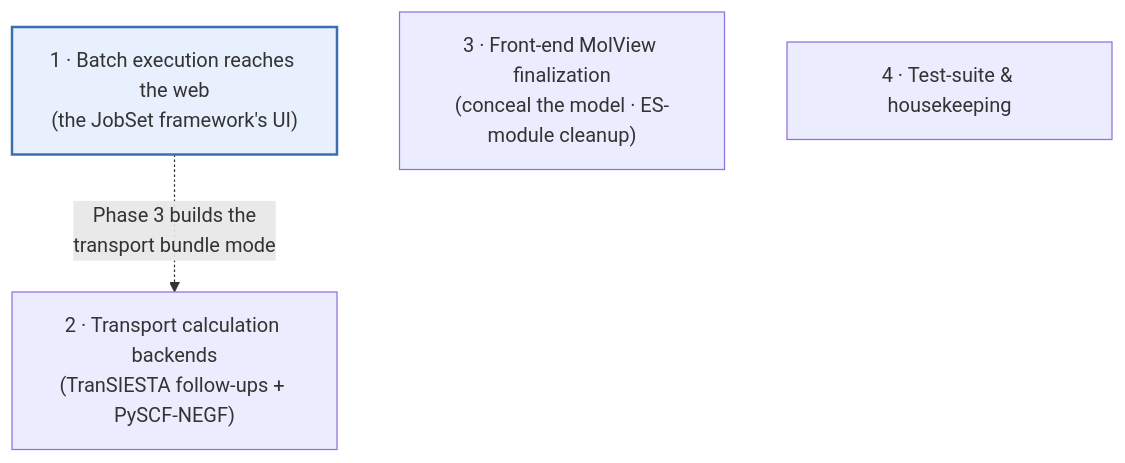
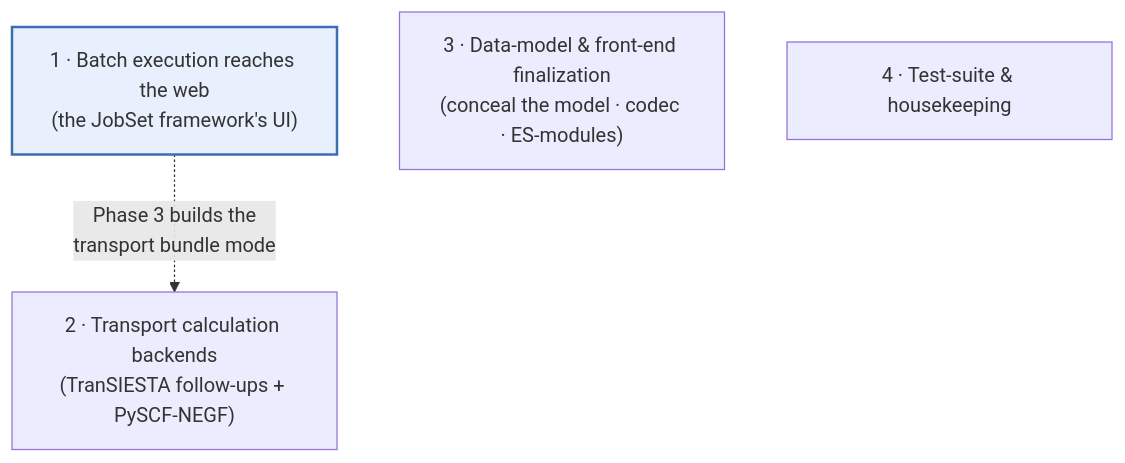
The first of 2 diagrams in docs/roadmap.md (Qing-LAB/molbuilder), drawn with Mermaid before and after one commit. The commit also changed other lines of this file and 1 other file, not shown here.

First line of the commit message:
docs(review): fix factual + consistency errors in structure.md and roadmap.md

````diff
--- a/docs/roadmap.md
+++ b/docs/roadmap.md
@@ -32,11 +34,11 @@
 ```mermaid
 flowchart TD
     W1["1 · Batch execution reaches the web<br/>(the JobSet framework's UI)"]:::active
     W2["2 · Transport calculation backends<br/>(TranSIESTA follow-ups + PySCF-NEGF)"]
-    W3["3 · Front-end MolView finalization<br/>(conceal the model · ES-module cleanup)"]
+    W3["3 · Data-model & front-end finalization<br/>(conceal the model · codec · ES-modules)"]
     W4["4 · Test-suite & housekeeping"]
 
     W1 -. "Phase 3 builds the<br/>transport bundle mode" .-> W2
 
     classDef active fill:#e8f0fe,stroke:#3b6fb0,stroke-width:2px;
 ```
````
